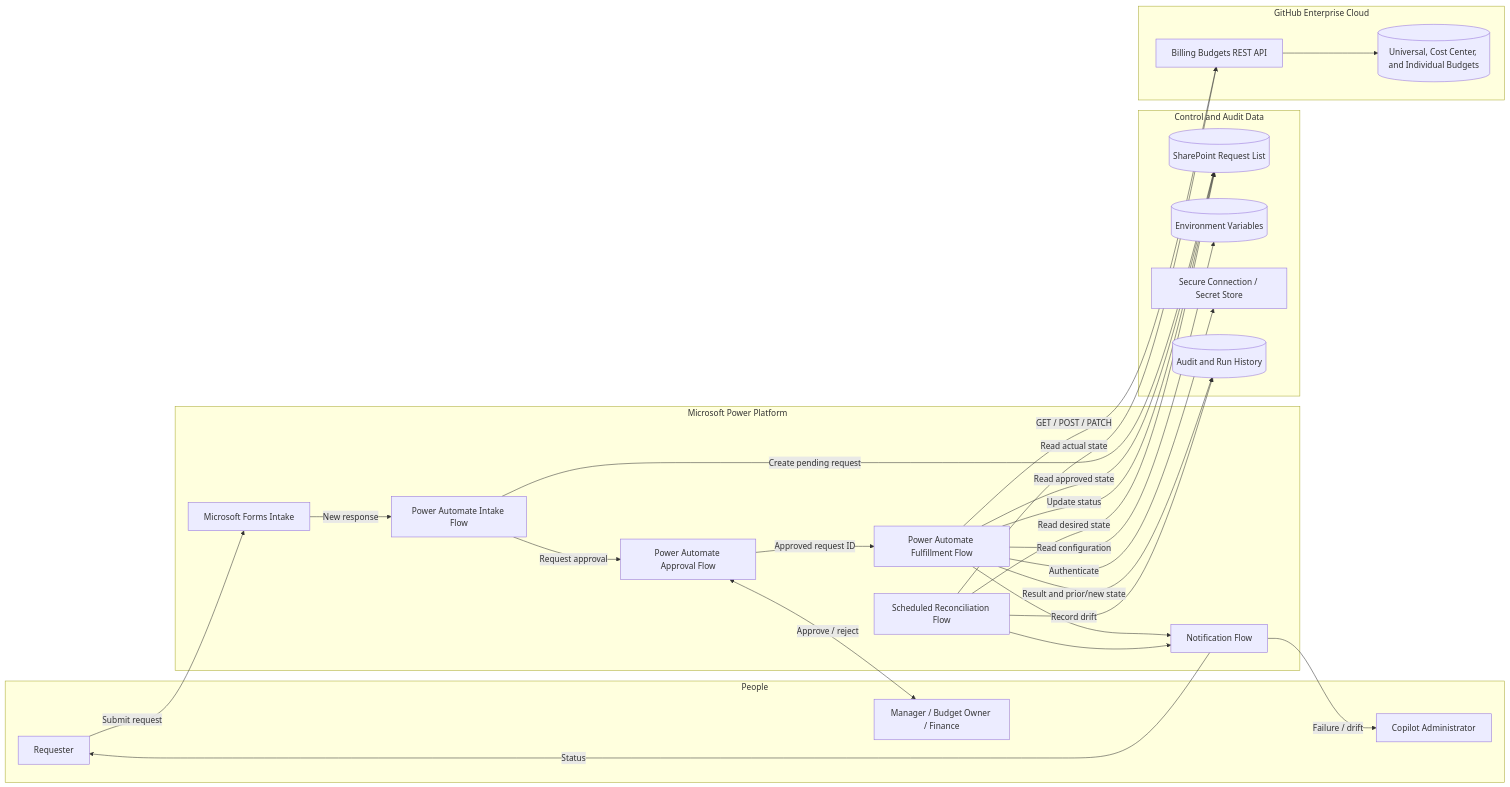
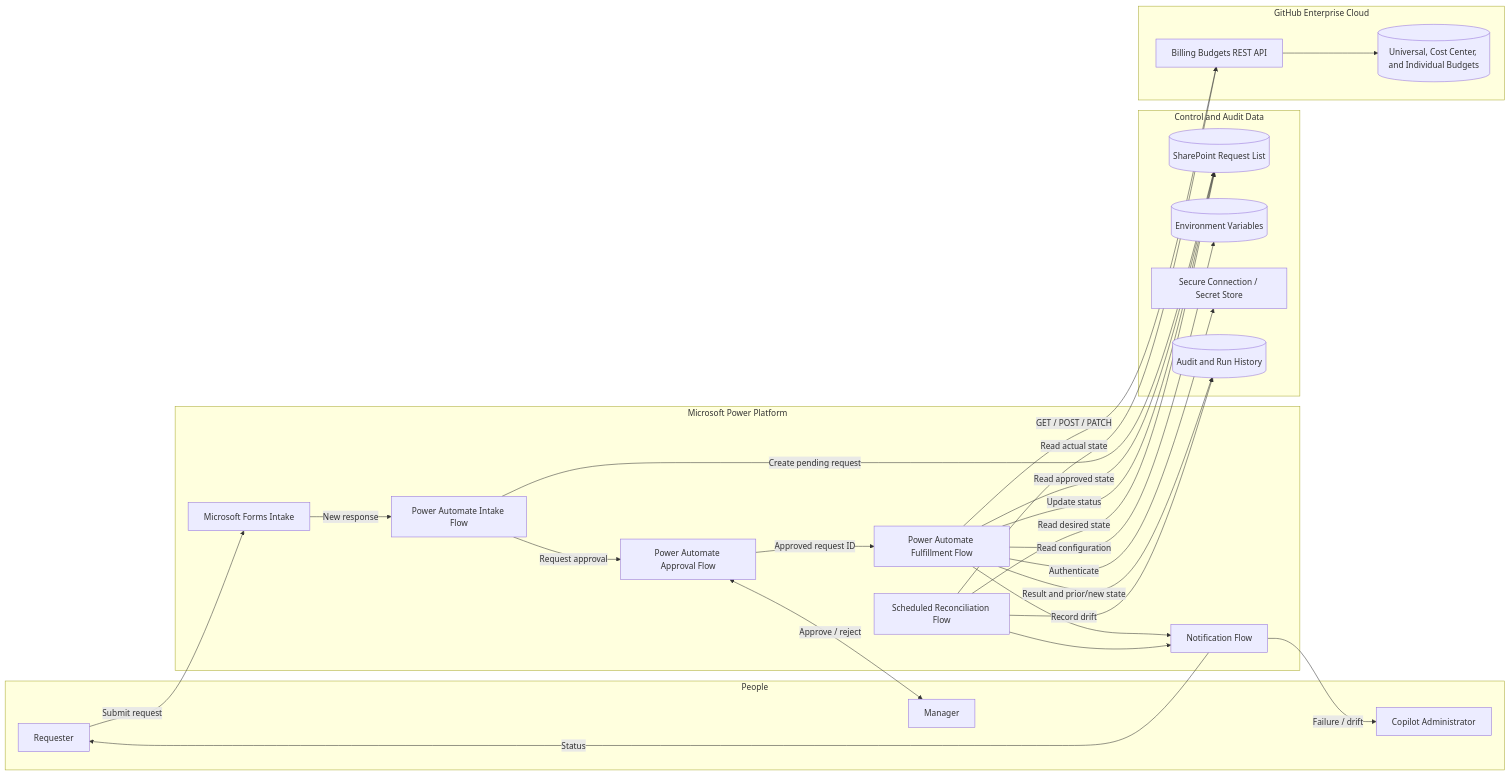
One commit to shwetabodhankar/AutomateGHCPBudgets changed the first of 3 diagrams in AI-credit-budget-architecture.md. Above: the diagram before and after it, drawn with Mermaid. The commit also changed other lines of this file, not shown here.

Commit message:
Refine approval flow terminology and clarify budget request process

````diff
--- a/AI-credit-budget-architecture.md
+++ b/AI-credit-budget-architecture.md
@@ -9,50 +9,50 @@
 ```mermaid
 flowchart LR
     subgraph Users[People]
         Requester[Requester]
-        Approvers[Manager / Budget Owner / Finance]
+        Manager[Manager]
         Admin[Copilot Administrator]
     end
 
     subgraph PowerPlatform[Microsoft Power Platform]
         Form[Microsoft Forms Intake]
         Intake[Power Automate Intake Flow]
         Approval[Power Automate Approval Flow]
         Fulfillment[Power Automate Fulfillment Flow]
         Reconcile[Scheduled Reconciliation Flow]
         Notify[Notification Flow]
     end
 
     subgraph Data[Control and Audit Data]
         Requests[(SharePoint Request List)]
         Config[(Environment Variables)]
         Secrets[Secure Connection / Secret Store]
         Audit[(Audit and Run History)]
     end
 
     subgraph GitHub[GitHub Enterprise Cloud]
         BudgetAPI[Billing Budgets REST API]
         Budgets[(Universal, Cost Center, and Individual Budgets)]
     end
 
     Requester -->|Submit request| Form
     Form -->|New response| Intake
     Intake -->|Create pending request| Requests
     Intake -->|Request approval| Approval
-    Approval <-->|Approve / reject| Approvers
+    Approval <-->|Approve / reject| Manager
     Approval -->|Approved request ID| Fulfillment
     Fulfillment -->|Read approved state| Requests
     Fulfillment -->|Read configuration| Config
     Fulfillment -->|Authenticate| Secrets
     Fulfillment -->|GET / POST / PATCH| BudgetAPI
     BudgetAPI --> Budgets
     Fulfillment -->|Result and prior/new state| Audit
     Fulfillment -->|Update status| Requests
     Fulfillment --> Notify
     Notify -->|Status| Requester
     Notify -->|Failure / drift| Admin
     Reconcile -->|Read desired state| Requests
     Reconcile -->|Read actual state| BudgetAPI
     Reconcile -->|Record drift| Audit
     Reconcile --> Notify
 ```
````
